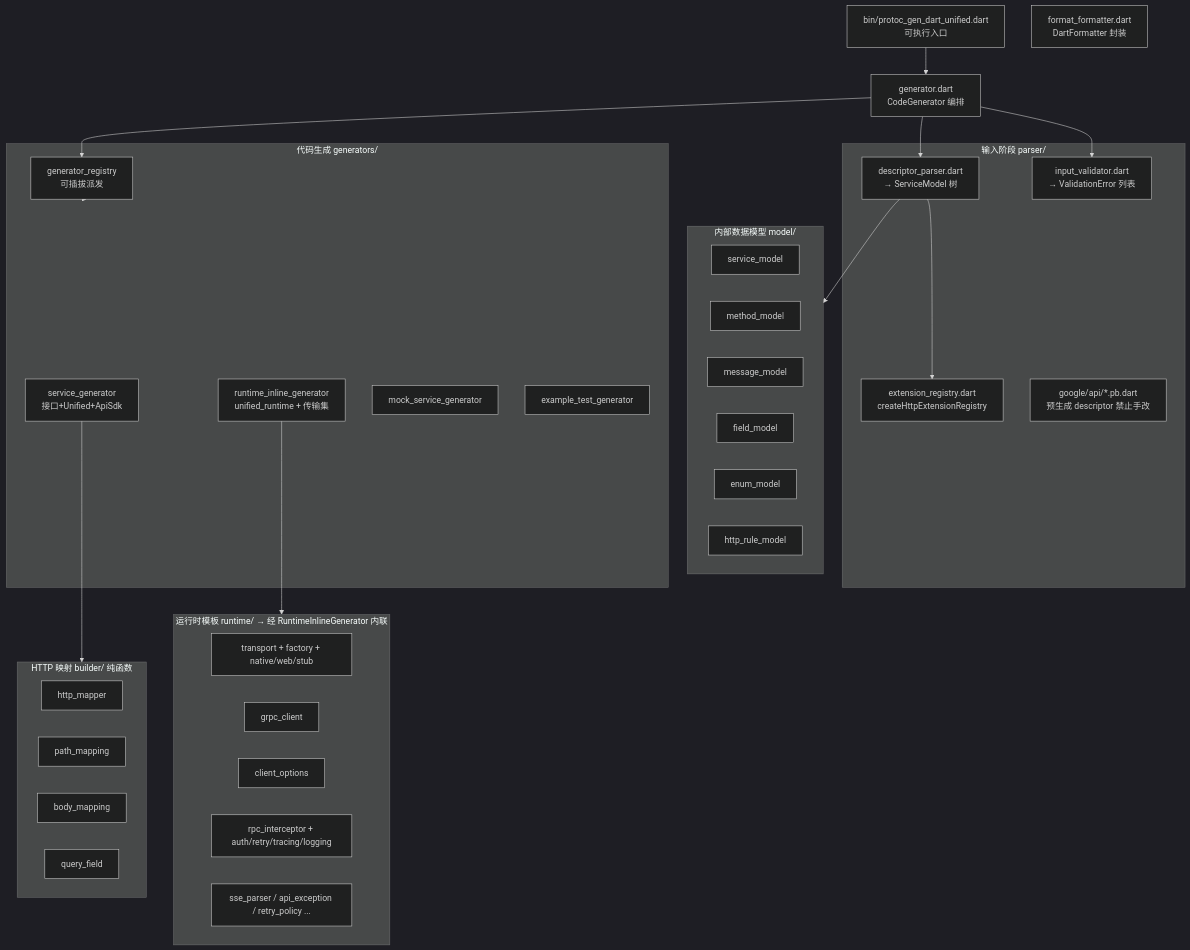
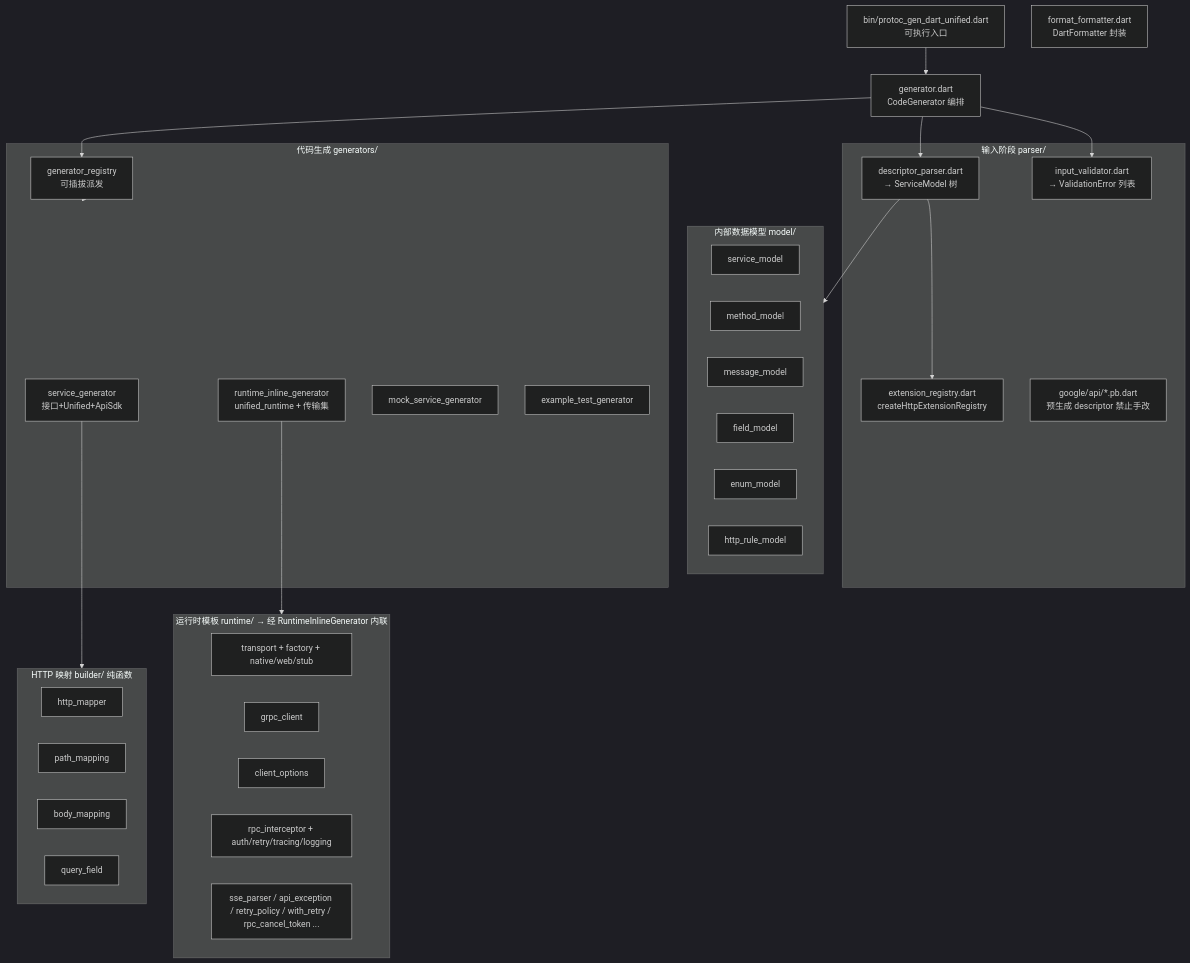
Before and after one commit to fred29910/protoc-gen-dart-unified: the second of 5 diagrams in docs/architecture.md, drawn with Mermaid (dark theme). The commit also changed other lines of this file and 1 other file, not shown here.

````diff
--- a/docs/architecture.md
+++ b/docs/architecture.md
@@ -73,55 +75,55 @@
 ```mermaid
 flowchart TD
     bin[bin/protoc_gen_dart_unified.dart<br/>可执行入口]
     gen[generator.dart<br/>CodeGenerator 编排]
     fmt[format_formatter.dart<br/>DartFormatter 封装]
 
     subgraph INPUT [输入阶段 parser/]
         dp[descriptor_parser.dart<br/>→ ServiceModel 树]
         er[extension_registry.dart<br/>createHttpExtensionRegistry]
         iv[input_validator.dart<br/>→ ValidationError 列表]
         ga[google/api/*.pb.dart<br/>预生成 descriptor 禁止手改]
     end
 
     subgraph MODEL [内部数据模型 model/]
         sm[service_model]
         mm[method_model]
         msg[message_model]
         fm[field_model]
         em[enum_model]
         hm[http_rule_model]
     end
 
     subgraph BUILD [HTTP 映射 builder/ 纯函数]
         hm2[http_mapper]
         pm[path_mapping]
         bm[body_mapping]
         qf[query_field]
     end
 
     subgraph GEN [代码生成 generators/]
         gr[generator_registry<br/>可插拔派发]
         sg[service_generator<br/>接口+Unified+ApiSdk]
         rig[runtime_inline_generator<br/>unified_runtime + 传输集]
         mg[mock_service_generator]
         etg[example_test_generator]
     end
 
     subgraph RT [运行时模板 runtime/ → 经 RuntimeInlineGenerator 内联]
         tr[transport + factory + native/web/stub]
         gc[grpc_client]
         co[client_options]
         ri[rpc_interceptor + auth/retry/tracing/logging]
-        misc[sse_parser / api_exception / retry_policy ...]
+        misc[sse_parser / api_exception / retry_policy / with_retry / rpc_cancel_token ...]
     end
 
     bin --> gen
     gen --> iv
     gen --> dp
     gen --> gr
     dp --> er
     dp --> MODEL
     sg --> BUILD
     gr --> GEN
     rig --> RT
 ```
````
